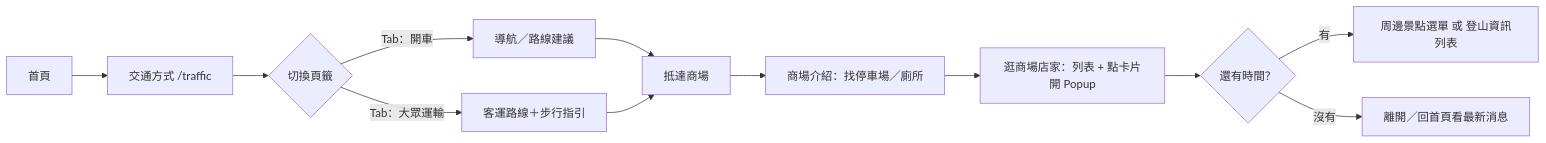
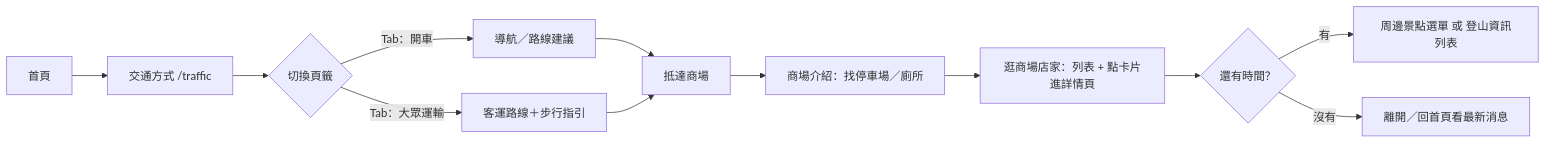
The first of 4 diagrams in 規格內容/04-UI-Flow與使用者情境.md (KevinChenz77/Baiji-Tourist-Market), drawn with Mermaid before and after one commit. The commit also changed other lines of this file and 120 other files, not shown here.

````diff
--- a/規格內容/04-UI-Flow與使用者情境.md
+++ b/規格內容/04-UI-Flow與使用者情境.md
@@ -8,14 +8,14 @@
 ```mermaid
 flowchart LR
     A[首頁] --> B[交通方式 /traffic]
     B --> C{切換頁籤}
     C -->|Tab：開車| D[導航／路線建議]
     C -->|Tab：大眾運輸| E[客運路線＋步行指引]
     D --> F[抵達商場]
     E --> F
     F --> G[商場介紹：找停車場／廁所]
-    G --> H[逛商場店家：列表 + 點卡片開 Popup]
+    G --> H[逛商場店家：列表 + 點卡片進詳情頁]
     H --> I{還有時間？}
     I -->|有| J[周邊景點選單 或 登山資訊列表]
     I -->|沒有| K[離開／回首頁看最新消息]
 ```
````
